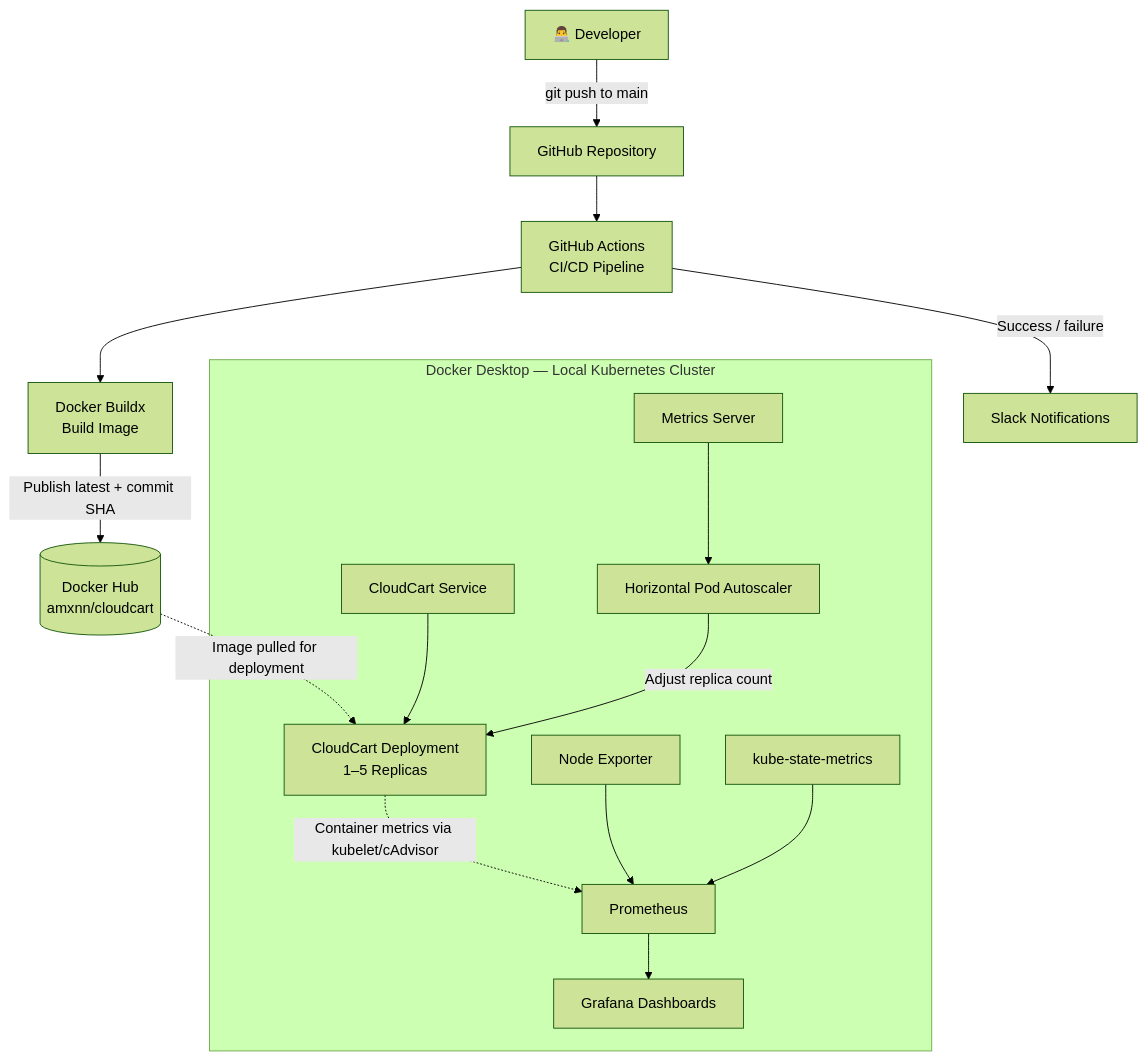
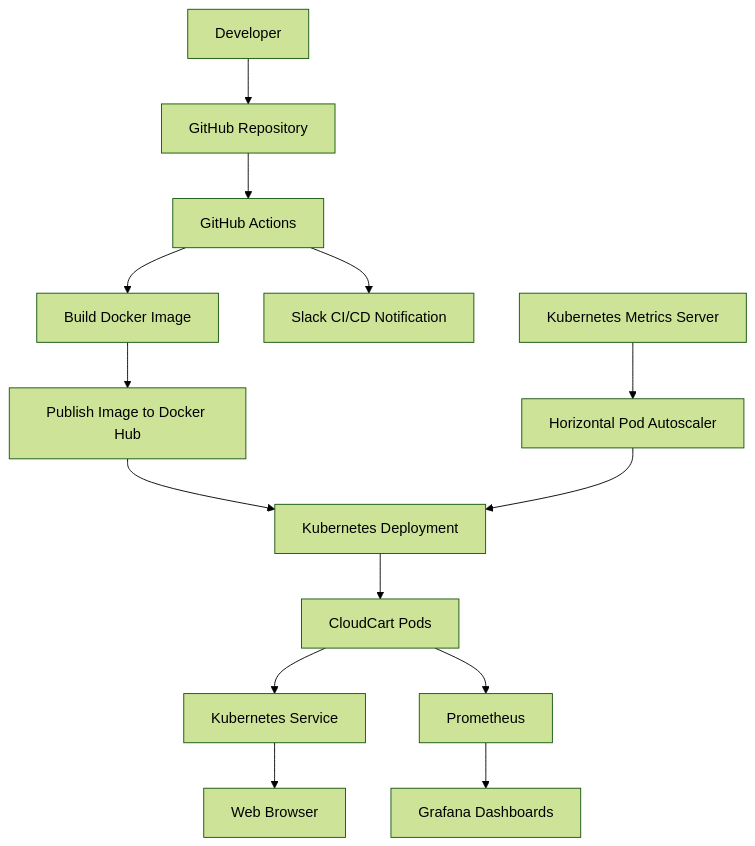
The first of 3 diagrams in README.md (amn-khn/CloudCart), drawn with Mermaid (forest theme) before and after one commit. The commit also changed other lines of this file, not shown here.

````diff
--- a/README.md
+++ b/README.md
@@ -43,34 +34,16 @@
 ```mermaid
-flowchart TB
-    DEV["👨‍💻 Developer"]
-    GH["GitHub Repository"]
-    CI["GitHub Actions<br/>CI/CD Pipeline"]
-    BUILD["Docker Buildx<br/>Build Image"]
-    HUB[("Docker Hub<br/>amxnn/cloudcart")]
-    SLACK["Slack Notifications"]
-
-    subgraph LOCAL["Docker Desktop — Local Kubernetes Cluster"]
-        SVC["CloudCart Service"]
-        APP["CloudCart Deployment<br/>1–5 Replicas"]
-        HPA["Horizontal Pod Autoscaler"]
-        MS["Metrics Server"]
-        PROM["Prometheus"]
-        GRAF["Grafana Dashboards"]
-        NODE["Node Exporter"]
-        STATE["kube-state-metrics"]
-    end
-
-    DEV -->|"git push to main"| GH
-    GH --> CI
-    CI --> BUILD
-    BUILD -->|"Publish latest + commit SHA"| HUB
-    CI -->|"Success / failure"| SLACK
-    HUB -.->|"Image pulled for deployment"| APP
-    SVC --> APP
-    MS --> HPA
-    HPA -->|"Adjust replica count"| APP
-    APP -.->|"Container metrics via kubelet/cAdvisor"| PROM
-    NODE --> PROM
-    STATE --> PROM
-    PROM --> GRAF
+flowchart TD
+    A["Developer"] --> B["GitHub Repository"]
+    B --> C["GitHub Actions"]
+    C --> D["Build Docker Image"]
+    D --> E["Publish Image to Docker Hub"]
+    C --> F["Slack CI/CD Notification"]
+    E --> G["Kubernetes Deployment"]
+    G --> H["CloudCart Pods"]
+    H --> I["Kubernetes Service"]
+    I --> J["Web Browser"]
+    H --> K["Prometheus"]
+    L["Kubernetes Metrics Server"] --> M["Horizontal Pod Autoscaler"]
+    M --> G
+    K --> N["Grafana Dashboards"]
 ```
````
